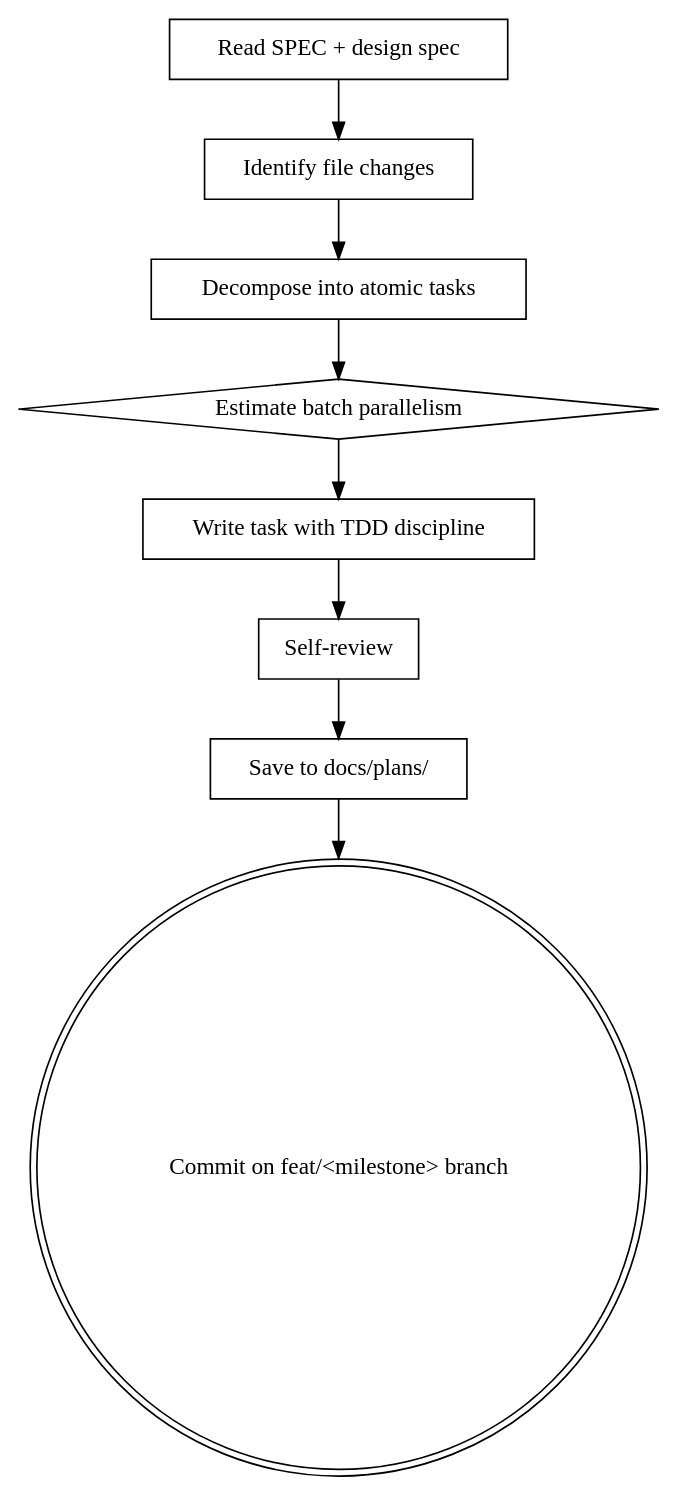
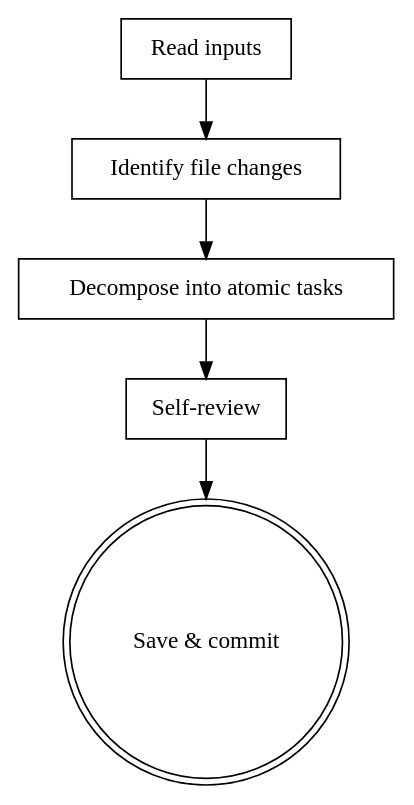
One commit to yutron24ah/claude-loom changed the diagram in skills/loom-write-plan/SKILL.md. Above: the diagram before and after it, drawn with Graphviz. The commit also changed other lines of this file, not shown here.

First line of the commit message:
refactor(skills): loom-write-plan を軽量フォーマット版にリライト (M0.9.1)

````diff
--- a/skills/loom-write-plan/SKILL.md
+++ b/skills/loom-write-plan/SKILL.md
@@ -37,20 +78,14 @@
 ```dot
 digraph loom_write_plan {
-    "Read SPEC + design spec" [shape=box];
+    "Read inputs" [shape=box];
     "Identify file changes" [shape=box];
     "Decompose into atomic tasks" [shape=box];
-    "Estimate batch parallelism" [shape=diamond];
-    "Write task with TDD discipline" [shape=box];
     "Self-review" [shape=box];
-    "Save to docs/plans/" [shape=box];
-    "Commit on feat/<milestone> branch" [shape=doublecircle];
+    "Save & commit" [shape=doublecircle];
 
-    "Read SPEC + design spec" -> "Identify file changes";
+    "Read inputs" -> "Identify file changes";
     "Identify file changes" -> "Decompose into atomic tasks";
-    "Decompose into atomic tasks" -> "Estimate batch parallelism";
-    "Estimate batch parallelism" -> "Write task with TDD discipline";
-    "Write task with TDD discipline" -> "Self-review";
-    "Self-review" -> "Save to docs/plans/";
-    "Save to docs/plans/" -> "Commit on feat/<milestone> branch";
+    "Decompose into atomic tasks" -> "Self-review";
+    "Self-review" -> "Save & commit";
 }
 ```
````
